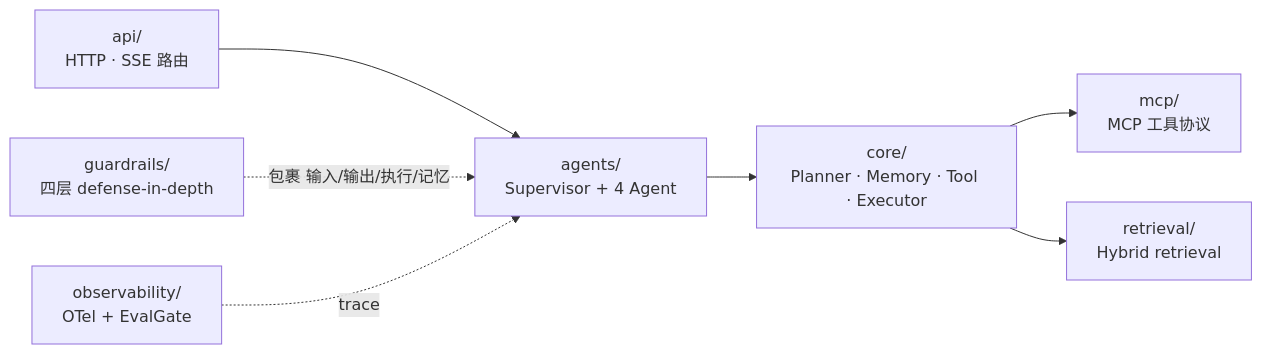
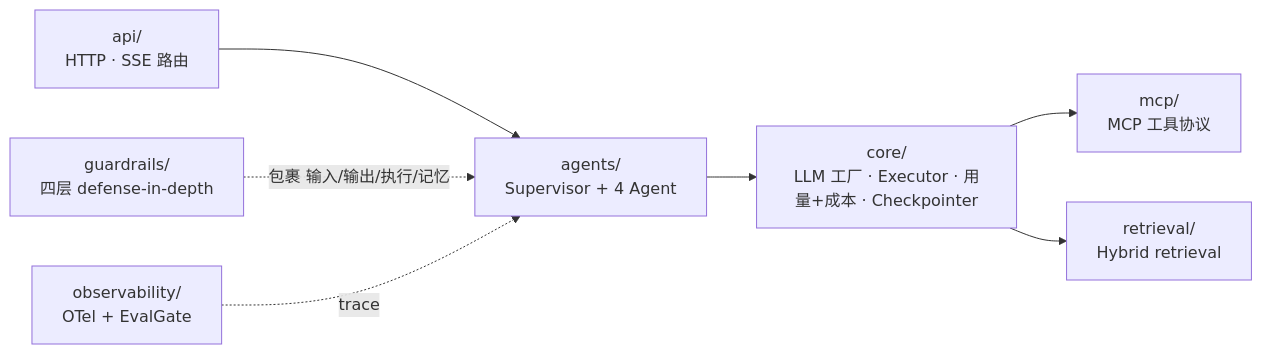
The diagram in apps/api/README.md (AndyUneducated/resolve-ai), drawn with Mermaid before and after one commit. The commit also changed other lines of this file and 5 other files, not shown here.

````diff
--- a/apps/api/README.md
+++ b/apps/api/README.md
@@ -7,9 +7,9 @@
 ```mermaid
 flowchart LR
   http["api/<br/>HTTP · SSE 路由"] --> sup["agents/<br/>Supervisor + 4 Agent"]
-  sup --> core["core/<br/>Planner · Memory · Tool · Executor"]
+  sup --> core["core/<br/>LLM 工厂 · Executor · 用量+成本 · Checkpointer"]
   core --> mcp["mcp/<br/>MCP 工具协议"]
   core --> ret["retrieval/<br/>Hybrid retrieval"]
   gr["guardrails/<br/>四层 defense-in-depth"] -.->|"包裹 输入/输出/执行/记忆"| sup
   obs["observability/<br/>OTel + EvalGate"] -.->|trace| sup
 ```
````
